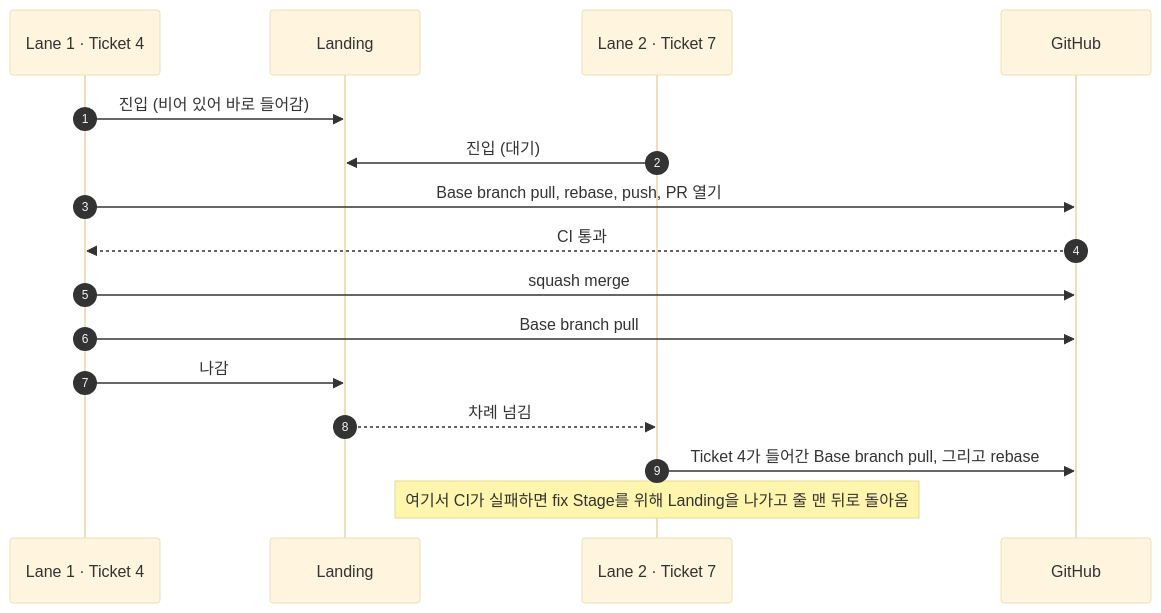
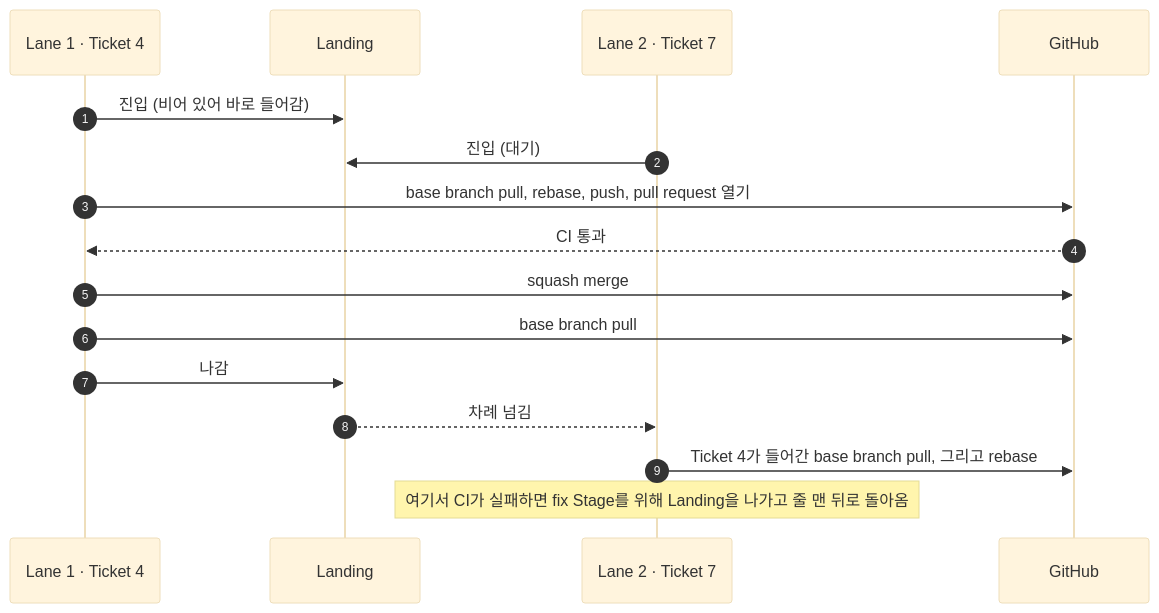
The second of 2 diagrams in wiki/ko/guide/ticket-to-merge.md (jjongs2/ticket-runner), drawn with Mermaid (base theme) before and after one commit. The commit also changed other lines of this file and 20 other files, not shown here.

````diff
--- a/wiki/ko/guide/ticket-to-merge.md
+++ b/wiki/ko/guide/ticket-to-merge.md
@@ -193,18 +193,18 @@
 ```mermaid
 sequenceDiagram
     autonumber
     participant A as Lane 1 · Ticket 4
     participant L as Landing
     participant B as Lane 2 · Ticket 7
     participant GH as GitHub
     A->>L: 진입 (비어 있어 바로 들어감)
     B->>L: 진입 (대기)
-    A->>GH: Base branch pull, rebase, push, PR 열기
+    A->>GH: base branch pull, rebase, push, pull request 열기
     GH-->>A: CI 통과
     A->>GH: squash merge
-    A->>GH: Base branch pull
+    A->>GH: base branch pull
     A->>L: 나감
     L-->>B: 차례 넘김
-    B->>GH: Ticket 4가 들어간 Base branch pull, 그리고 rebase
+    B->>GH: Ticket 4가 들어간 base branch pull, 그리고 rebase
     Note over B: 여기서 CI가 실패하면 fix Stage를 위해 Landing을 나가고 줄 맨 뒤로 돌아옴
 ```
````
